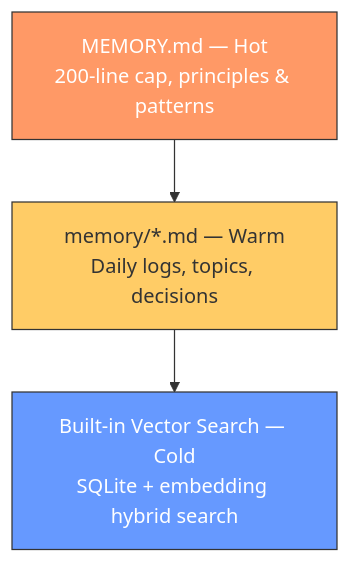
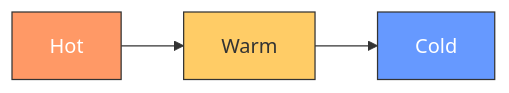
The third of 6 diagrams in README.md (changanlee/claw-company), drawn with Mermaid before and after one commit. The commit also changed other lines of this file and 27 other files, not shown here.

````diff
--- a/README.md
+++ b/README.md
@@ -144,9 +146,8 @@
 ```mermaid
-graph TB
-    Hot[MEMORY.md — Hot<br/>200-line cap, principles & patterns] --> Warm[memory/*.md — Warm<br/>Daily logs, topics, decisions]
-    Warm --> Cold[Built-in Vector Search — Cold<br/>SQLite + embedding hybrid search]
+graph LR
+    Hot[Hot] --> Warm[Warm] --> Cold[Cold]
 
     style Hot fill:#f96,stroke:#333,color:#fff
     style Warm fill:#fc6,stroke:#333
     style Cold fill:#69f,stroke:#333,color:#fff
 ```
````
